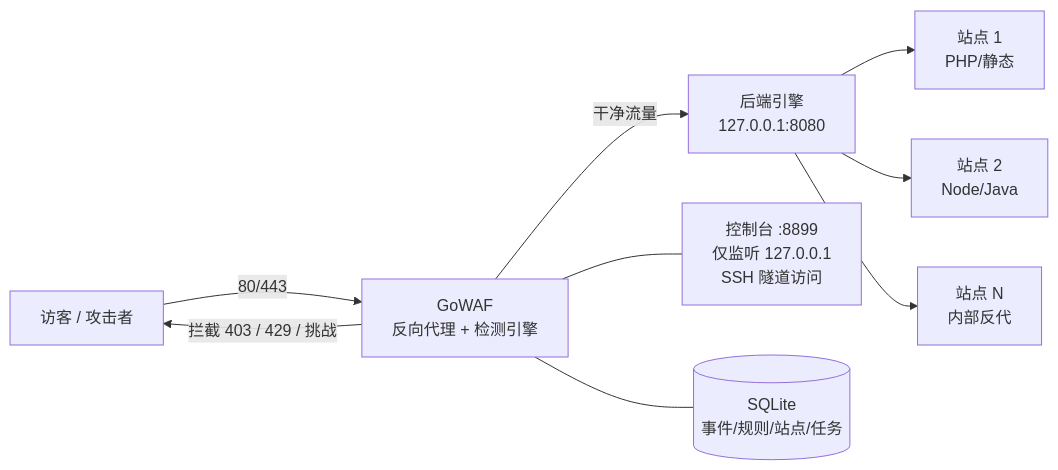
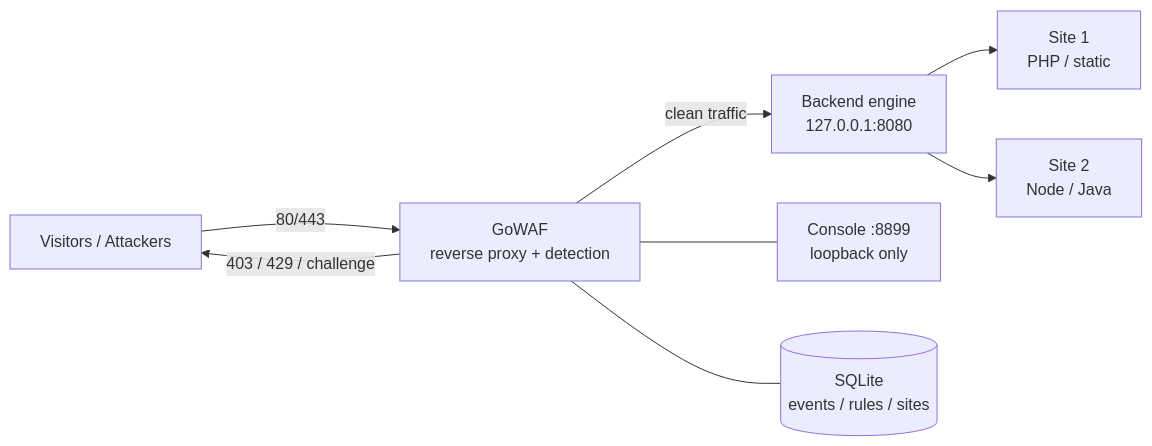
One commit to xuey490/GoWaf changed the diagram in README.md. Above: the diagram before and after it, drawn with Mermaid. The commit also changed other lines of this file and 2 other files, not shown here.

````diff
--- a/README.md
+++ b/README.md
@@ -58,11 +12,10 @@
 ```mermaid
 flowchart LR
-    V[访客 / 攻击者] -->|80/443| W[GoWAF<br/>反向代理 + 检测引擎]
-    W -->|拦截 403 / 429 / 挑战| V
-    W -->|干净流量| E[后端引擎<br/>127.0.0.1:8080]
-    E --> APP1[站点 1<br/>PHP/静态]
-    E --> APP2[站点 2<br/>Node/Java]
-    E --> APP3[站点 N<br/>内部反代]
-    W --- C[控制台 :8899<br/>仅监听 127.0.0.1<br/>SSH 隧道访问]
-    W --- DB[(SQLite<br/>事件/规则/站点/任务)]
+    V[Visitors / Attackers] -->|80/443| W[GoWAF<br/>reverse proxy + detection]
+    W -->|403 / 429 / challenge| V
+    W -->|clean traffic| E[Backend engine<br/>127.0.0.1:8080]
+    E --> A1[Site 1<br/>PHP / static]
+    E --> A2[Site 2<br/>Node / Java]
+    W --- C[Console :8899<br/>loopback only]
+    W --- DB[(SQLite<br/>events / rules / sites)]
 ```
````
